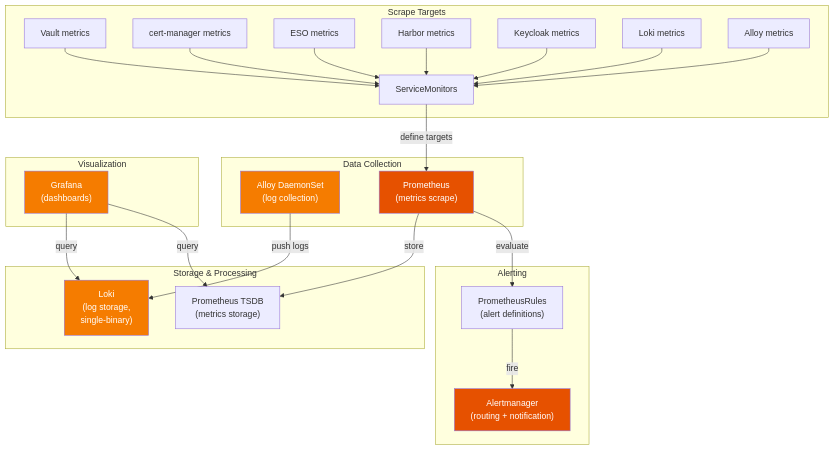
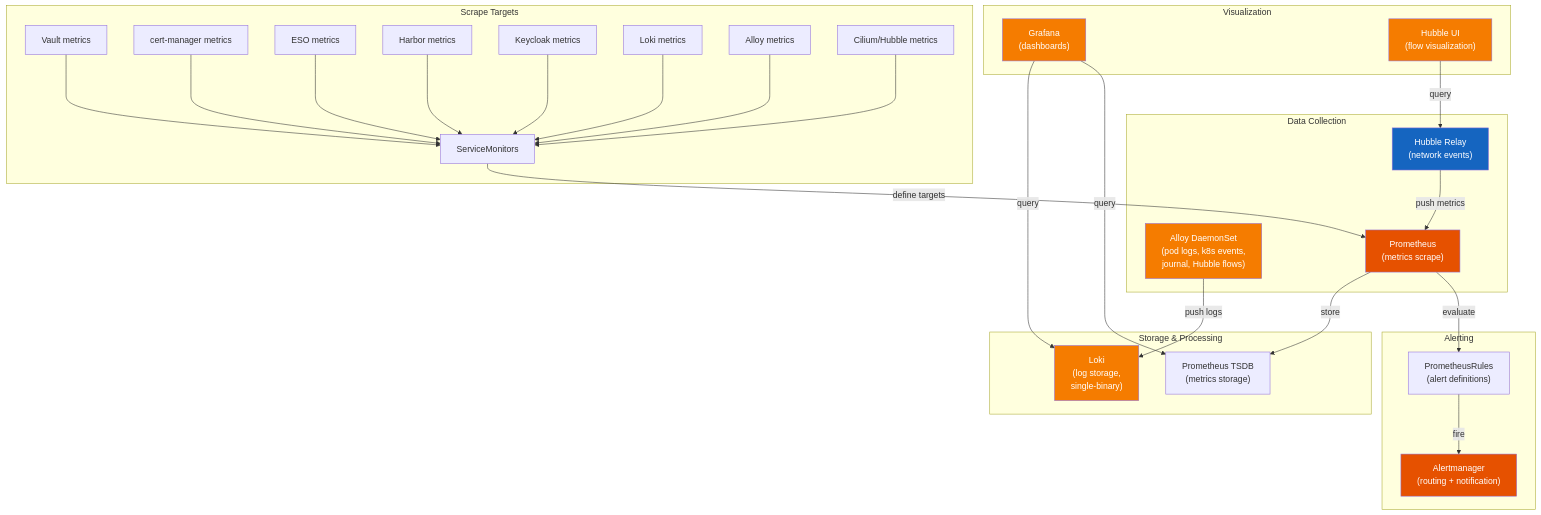
Before and after one commit to derhornspieler/harvester-rke2-svcs: the eighth of 17 diagrams in docs/architecture.md, drawn with Mermaid. The commit also changed other lines of this file and 2 other files, not shown here.

````diff
--- a/docs/architecture.md
+++ b/docs/architecture.md
@@ -421,54 +425,62 @@
 ```mermaid
 graph TB
     subgraph "Data Collection"
-        Alloy["Alloy DaemonSet<br/>(log collection)"]
+        Alloy["Alloy DaemonSet<br/>(pod logs, k8s events,<br/>journal, Hubble flows)"]
         Prom["Prometheus<br/>(metrics scrape)"]
+        Hubble["Hubble Relay<br/>(network events)"]
     end
 
     subgraph "Storage &amp; Processing"
         Loki["Loki<br/>(log storage,<br/>single-binary)"]
         TSDB["Prometheus TSDB<br/>(metrics storage)"]
     end
 
     subgraph "Alerting"
         Rules["PrometheusRules<br/>(alert definitions)"]
         AM["Alertmanager<br/>(routing + notification)"]
     end
 
     subgraph "Visualization"
         Graf["Grafana<br/>(dashboards)"]
+        HubbleUI["Hubble UI<br/>(flow visualization)"]
     end
 
     subgraph "Scrape Targets"
         SMs["ServiceMonitors"]
         VaultM["Vault metrics"]
         CMM["cert-manager metrics"]
         ESOM["ESO metrics"]
         HarborM["Harbor metrics"]
         KCM["Keycloak metrics"]
         LokiM["Loki metrics"]
         AlloyM["Alloy metrics"]
+        CiliumM["Cilium/Hubble metrics"]
     end
 
     Alloy -->|push logs| Loki
+    Hubble -->|push metrics| Prom
     Prom -->|store| TSDB
     Prom -->|evaluate| Rules
     Rules -->|fire| AM
     Graf -->|query| Loki
     Graf -->|query| TSDB
+    HubbleUI -->|query| Hubble
 
     SMs -->|define targets| Prom
     VaultM --> SMs
     CMM --> SMs
     ESOM --> SMs
     HarborM --> SMs
     KCM --> SMs
     LokiM --> SMs
     AlloyM --> SMs
+    CiliumM --> SMs
 
     style Alloy fill:#f57c00,color:#fff
     style Prom fill:#e65100,color:#fff
+    style Hubble fill:#1565c0,color:#fff
     style Loki fill:#f57c00,color:#fff
     style Graf fill:#f57c00,color:#fff
+    style HubbleUI fill:#f57c00,color:#fff
     style AM fill:#e65100,color:#fff
 ```
````
